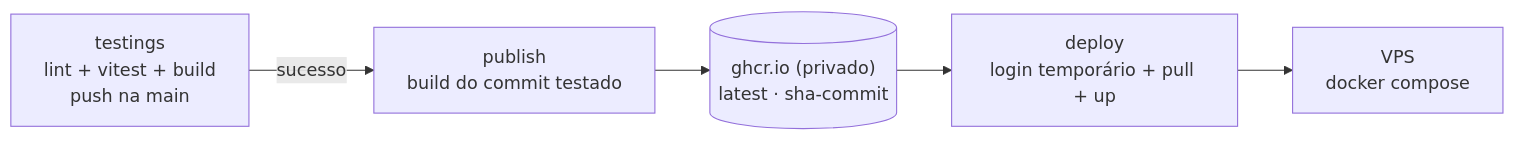
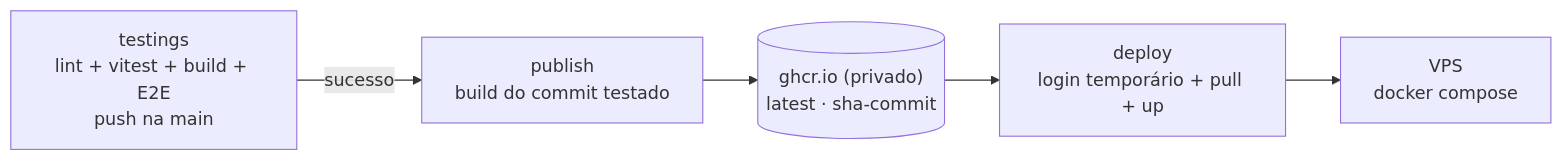
Before and after one commit to erikomis/dashboard-production-review-react: the first of 2 diagrams in README.md, drawn with Mermaid. The commit also changed other lines of this file and 13 other files, not shown here.

````diff
--- a/README.md
+++ b/README.md
@@ -145,7 +195,7 @@
 ```mermaid
 flowchart LR
-    T["testings<br/>lint + vitest + build<br/>push na main"] -->|sucesso| P["publish<br/>build do commit testado"]
+    T["testings<br/>lint + vitest + build + E2E<br/>push na main"] -->|sucesso| P["publish<br/>build do commit testado"]
     P --> GHCR[("ghcr.io (privado)<br/>latest · sha-commit")]
     GHCR --> D["deploy<br/>login temporário + pull + up"]
     D --> VPS["VPS<br/>docker compose"]
 ```
````
